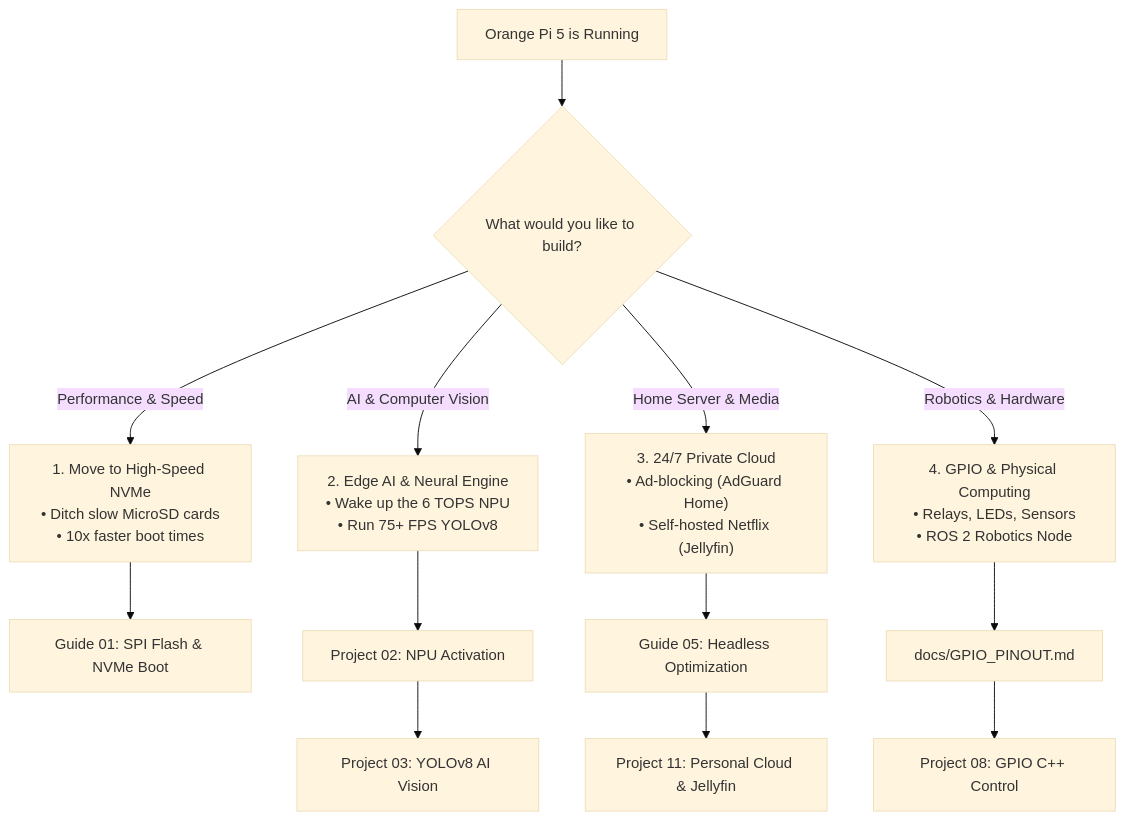
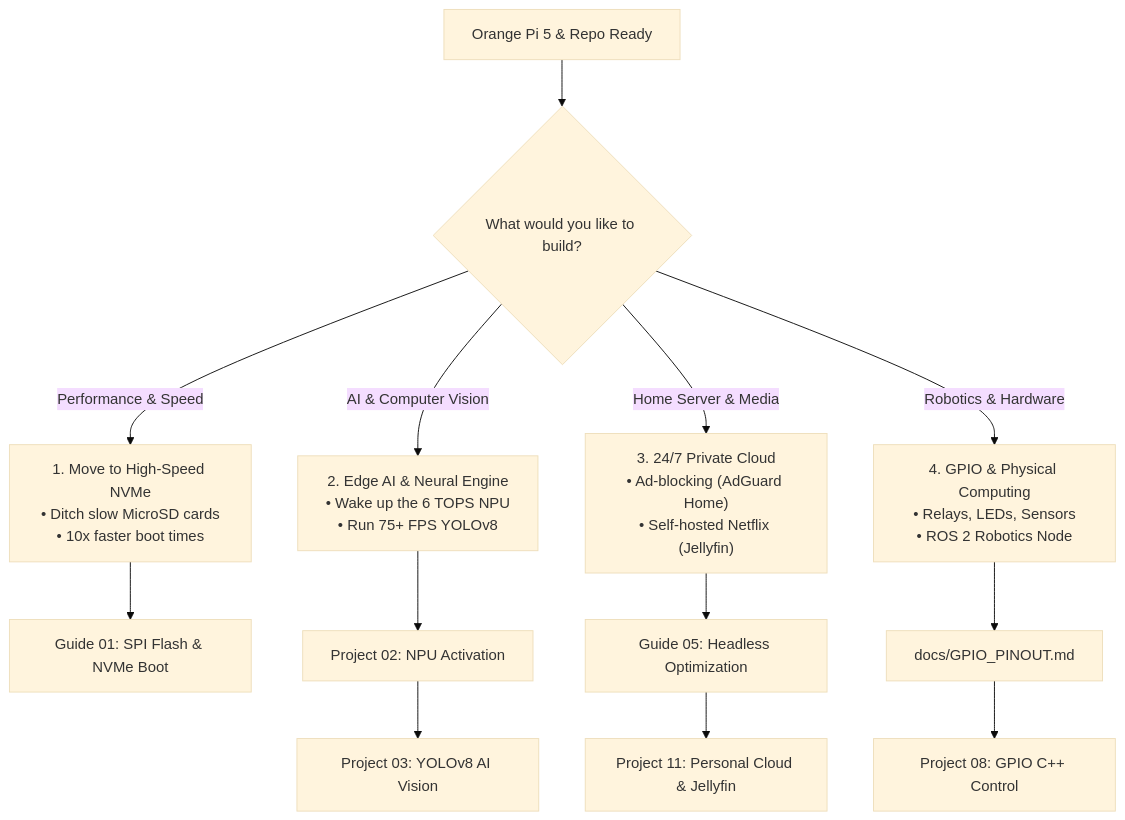
One commit to muhammetmucahitsoylu/orangepi5-tutorials changed the second of 2 diagrams in guides/English/00-Beginners-Zero-to-Hero-Roadmap.md. Above: the diagram before and after it, drawn with Mermaid (base theme). The commit also changed other lines of this file and 1 other file, not shown here.

Commit message:
docs: enrich beginner onboarding with panic shortcuts, safe shutdown, repo cloning and quick win

````diff
--- a/guides/English/00-Beginners-Zero-to-Hero-Roadmap.md
+++ b/guides/English/00-Beginners-Zero-to-Hero-Roadmap.md
@@ -141,19 +214,19 @@
 ```mermaid
 graph TD
-    Start["Orange Pi 5 is Running"] --> Choice{"What would you like to build?"}
+    Start["Orange Pi 5 & Repo Ready"] --> Choice{"What would you like to build?"}
     
     Choice -->|"Performance & Speed"| Path1["1. Move to High-Speed NVMe<br>• Ditch slow MicroSD cards<br>• 10x faster boot times"]
     Path1 --> Guide1["Guide 01: SPI Flash & NVMe Boot"]
     
     Choice -->|"AI & Computer Vision"| Path2["2. Edge AI & Neural Engine<br>• Wake up the 6 TOPS NPU<br>• Run 75+ FPS YOLOv8"]
     Path2 --> Proj2["Project 02: NPU Activation"]
     Proj2 --> Proj3["Project 03: YOLOv8 AI Vision"]
     
     Choice -->|"Home Server & Media"| Path3["3. 24/7 Private Cloud<br>• Ad-blocking (AdGuard Home)<br>• Self-hosted Netflix (Jellyfin)"]
     Path3 --> Guide5["Guide 05: Headless Optimization"]
     Guide5 --> Proj11["Project 11: Personal Cloud & Jellyfin"]
     
     Choice -->|"Robotics & Hardware"| Path4["4. GPIO & Physical Computing<br>• Relays, LEDs, Sensors<br>• ROS 2 Robotics Node"]
     Path4 --> Pinout["docs/GPIO_PINOUT.md"]
     Pinout --> Proj8["Project 08: GPIO C++ Control"]
 ```
````
